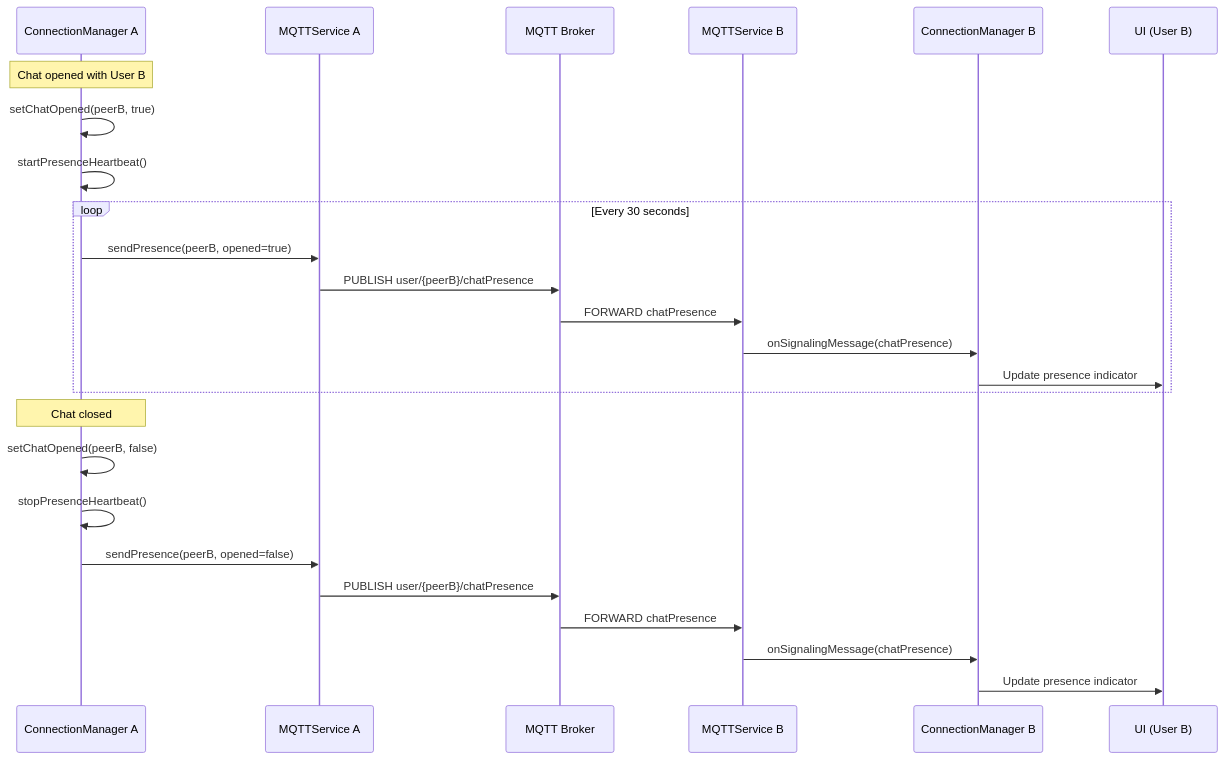
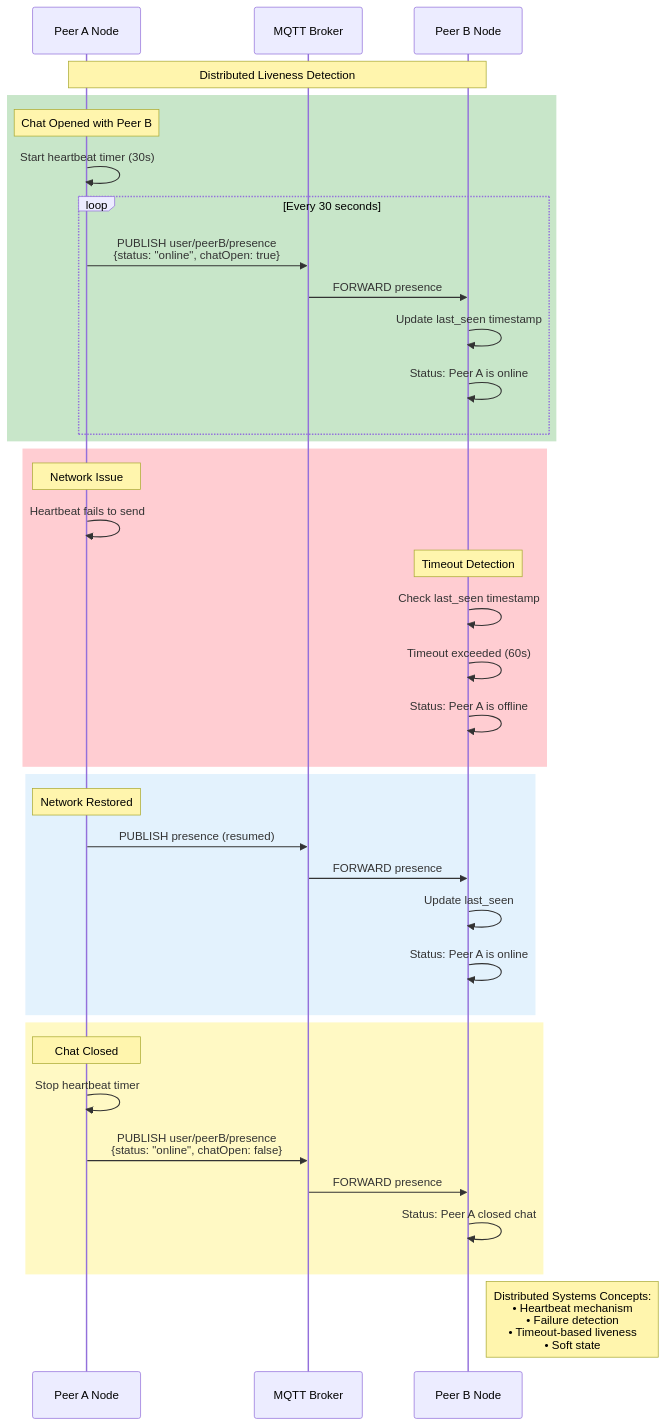
The eighth of 8 diagrams in docs/sequence-diagrams.md (amr-kasem/distributed-systems-react-chat-peer), drawn with Mermaid before and after one commit. The commit also changed other lines of this file and 7 other files, not shown here.

````diff
--- a/docs/sequence-diagrams.md
+++ b/docs/sequence-diagrams.md
@@ -249,32 +464,48 @@
 ```mermaid
 sequenceDiagram
-    participant ConnMgr_A as ConnectionManager A
-    participant MQTT_A as MQTTService A
-    participant Broker as MQTT Broker
-    participant MQTT_B as MQTTService B
-    participant ConnMgr_B as ConnectionManager B
-    participant UI_B as UI (User B)
+    participant NodeA as Peer A Node
+    participant MQTT as MQTT Broker
+    participant NodeB as Peer B Node
     
-    Note over ConnMgr_A: Chat opened with User B
+    Note over NodeA,NodeB: Distributed Liveness Detection
     
-    ConnMgr_A->>ConnMgr_A: setChatOpened(peerB, true)
-    ConnMgr_A->>ConnMgr_A: startPresenceHeartbeat()
-    
-    loop Every 30 seconds
-        ConnMgr_A->>MQTT_A: sendPresence(peerB, opened=true)
-        MQTT_A->>Broker: PUBLISH user/{peerB}/chatPresence
-        Broker->>MQTT_B: FORWARD chatPresence
-        MQTT_B->>ConnMgr_B: onSignalingMessage(chatPresence)
-        ConnMgr_B->>UI_B: Update presence indicator
+    rect rgb(200, 230, 201)
+        Note over NodeA: Chat Opened with Peer B
+        NodeA->>NodeA: Start heartbeat timer (30s)
+        
+        loop Every 30 seconds
+            NodeA->>MQTT: PUBLISH user/peerB/presence<br/>{status: "online", chatOpen: true}
+            MQTT->>NodeB: FORWARD presence
+            NodeB->>NodeB: Update last_seen timestamp
+            NodeB->>NodeB: Status: Peer A is online
+        end
     end
     
-    Note over ConnMgr_A: Chat closed
+    rect rgb(255, 205, 210)
+        Note over NodeA: Network Issue
+        NodeA->>NodeA: Heartbeat fails to send
+        
+        Note over NodeB: Timeout Detection
+        NodeB->>NodeB: Check last_seen timestamp
+        NodeB->>NodeB: Timeout exceeded (60s)
+        NodeB->>NodeB: Status: Peer A is offline
+    end
     
-    ConnMgr_A->>ConnMgr_A: setChatOpened(peerB, false)
-    ConnMgr_A->>ConnMgr_A: stopPresenceHeartbeat()
-    ConnMgr_A->>MQTT_A: sendPresence(peerB, opened=false)
-    MQTT_A->>Broker: PUBLISH user/{peerB}/chatPresence
-    Broker->>MQTT_B: FORWARD chatPresence
-    MQTT_B->>ConnMgr_B: onSignalingMessage(chatPresence)
-    ConnMgr_B->>UI_B: Update presence indicator
+    rect rgb(227, 242, 253)
+        Note over NodeA: Network Restored
+        NodeA->>MQTT: PUBLISH presence (resumed)
+        MQTT->>NodeB: FORWARD presence
+        NodeB->>NodeB: Update last_seen
+        NodeB->>NodeB: Status: Peer A is online
+    end
+    
+    rect rgb(255, 249, 196)
+        Note over NodeA: Chat Closed
+        NodeA->>NodeA: Stop heartbeat timer
+        NodeA->>MQTT: PUBLISH user/peerB/presence<br/>{status: "online", chatOpen: false}
+        MQTT->>NodeB: FORWARD presence
+        NodeB->>NodeB: Status: Peer A closed chat
+    end
+    
+    Note right of NodeB: Distributed Systems Concepts:<br/>• Heartbeat mechanism<br/>• Failure detection<br/>• Timeout-based liveness<br/>• Soft state
 ```
````
